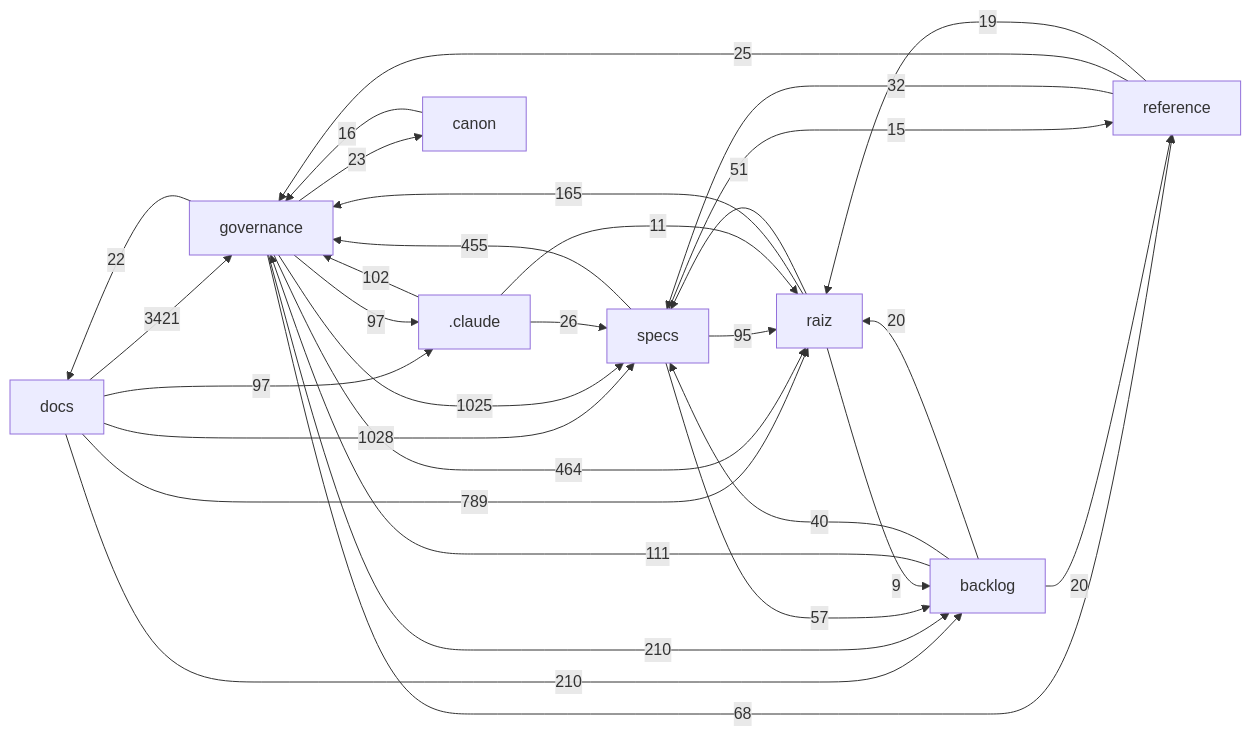
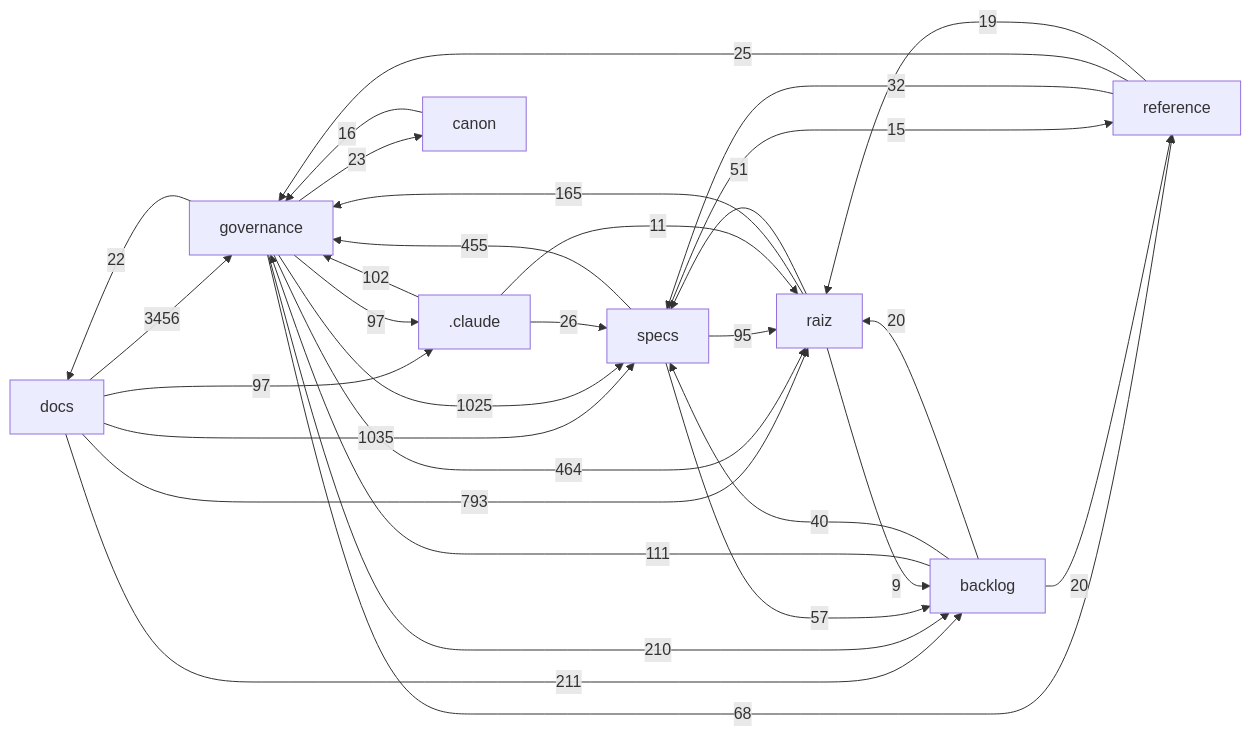
One commit to Andraus35/Sistema-Operacional-de-Trading--SOT changed the diagram in docs/mapa/MAPA-PROJETO.md. Above: the diagram before and after it, drawn with Mermaid. The commit also changed other lines of this file and 2 other files, not shown here.

````diff
--- a/docs/mapa/MAPA-PROJETO.md
+++ b/docs/mapa/MAPA-PROJETO.md
@@ -29,33 +29,33 @@
 ```mermaid
 flowchart LR
-  docs["docs"] -->|3421| governance["governance"]
-  docs["docs"] -->|1028| specs["specs"]
+  docs["docs"] -->|3456| governance["governance"]
+  docs["docs"] -->|1035| specs["specs"]
   governance["governance"] -->|1025| specs["specs"]
-  docs["docs"] -->|789| raiz["raiz"]
+  docs["docs"] -->|793| raiz["raiz"]
   governance["governance"] -->|464| raiz["raiz"]
   specs["specs"] -->|455| governance["governance"]
-  docs["docs"] -->|210| backlog["backlog"]
+  docs["docs"] -->|211| backlog["backlog"]
   governance["governance"] -->|210| backlog["backlog"]
   raiz["raiz"] -->|165| governance["governance"]
   backlog["backlog"] -->|111| governance["governance"]
   _claude[".claude"] -->|102| governance["governance"]
   docs["docs"] -->|97| _claude[".claude"]
   governance["governance"] -->|97| _claude[".claude"]
   specs["specs"] -->|95| raiz["raiz"]
   governance["governance"] -->|68| reference["reference"]
   specs["specs"] -->|57| backlog["backlog"]
   raiz["raiz"] -->|51| specs["specs"]
   backlog["backlog"] -->|40| specs["specs"]
   reference["reference"] -->|32| specs["specs"]
   _claude[".claude"] -->|26| specs["specs"]
   reference["reference"] -->|25| governance["governance"]
   governance["governance"] -->|23| canon["canon"]
   governance["governance"] -->|22| docs["docs"]
   backlog["backlog"] -->|20| raiz["raiz"]
   backlog["backlog"] -->|20| reference["reference"]
   reference["reference"] -->|19| raiz["raiz"]
   canon["canon"] -->|16| governance["governance"]
   specs["specs"] -->|15| reference["reference"]
   _claude[".claude"] -->|11| raiz["raiz"]
   raiz["raiz"] -->|9| backlog["backlog"]
 ```
````
